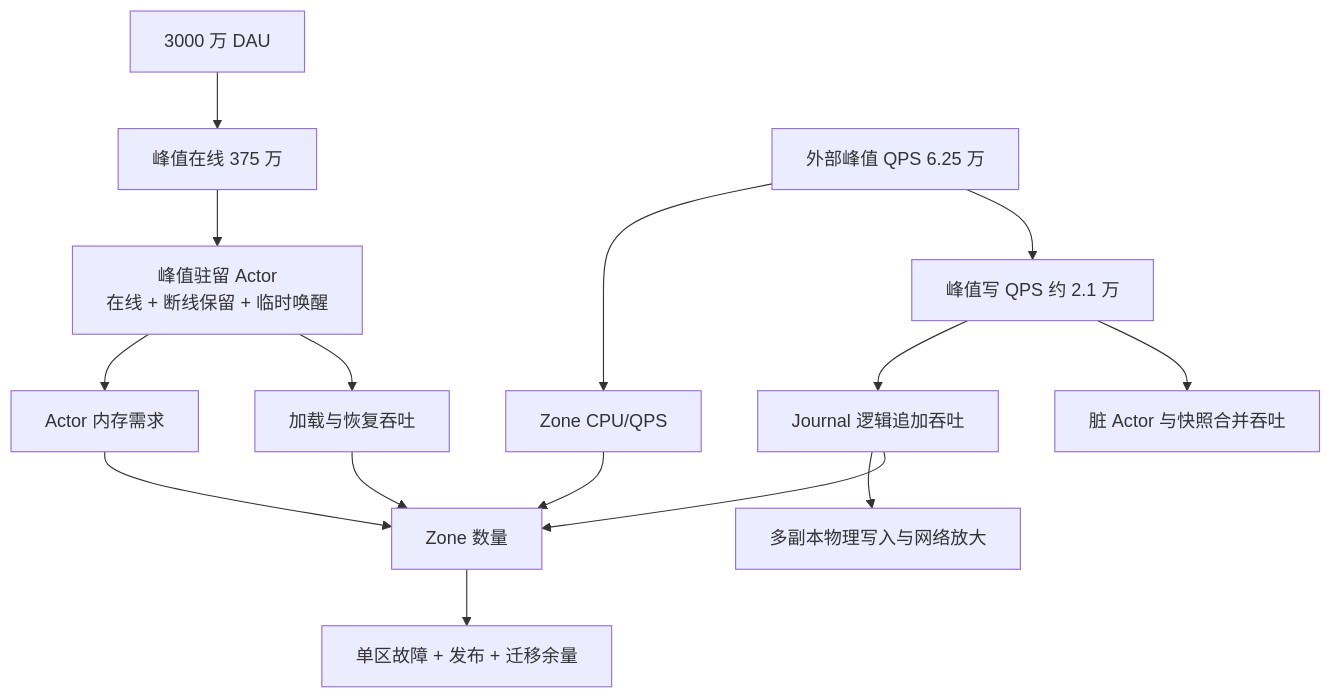
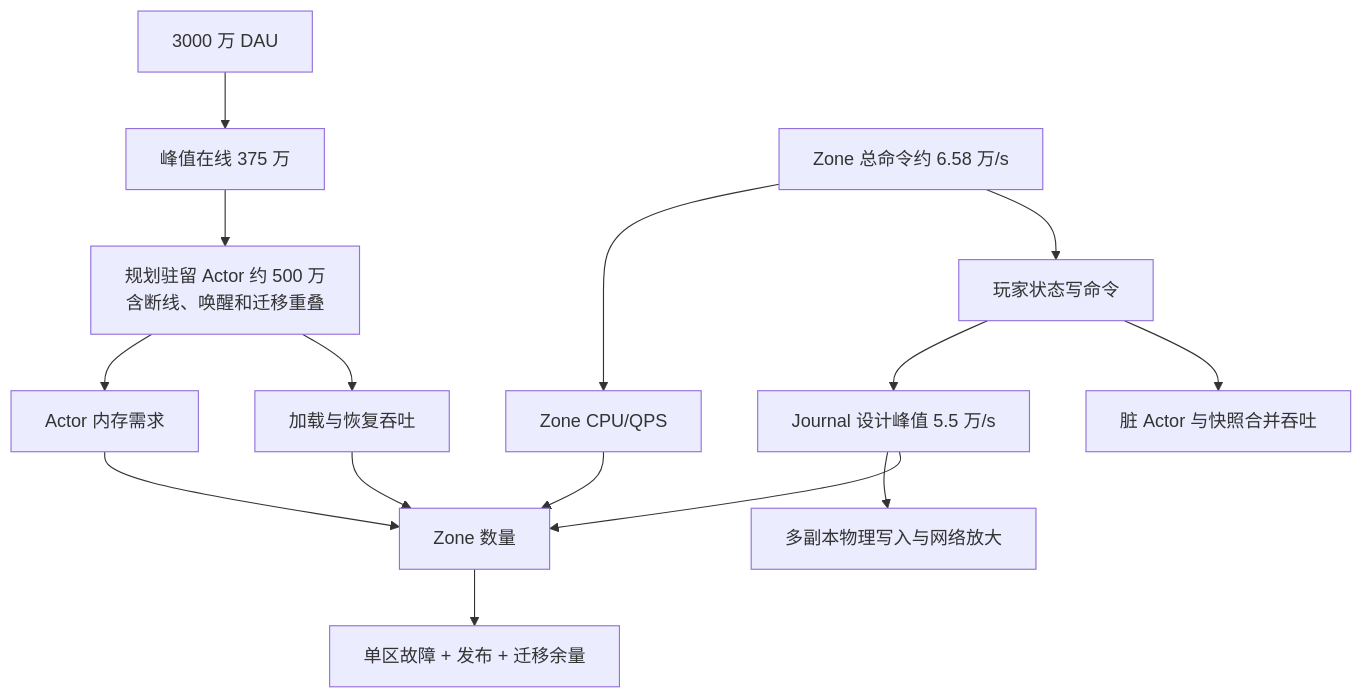
Before and after one commit to Wriosley/supernova-classic-farm: diagram 28 of 31 in docs/architecture/stateful-zone-v2-architecture.md, drawn with Mermaid. The commit also changed other lines of this file and 14 other files, not shown here.

Commit message:
docs: adopt stateful zone v2 architecture

````diff
--- a/docs/architecture/stateful-zone-v2-architecture.md
+++ b/docs/architecture/stateful-zone-v2-architecture.md
@@ -590,19 +832,19 @@
 ```mermaid
 flowchart TD
     DAU["3000 万 DAU"] --> ONLINE["峰值在线 375 万"]
-    ONLINE --> ACTOR["峰值驻留 Actor<br/>在线 + 断线保留 + 临时唤醒"]
+    ONLINE --> ACTOR["规划驻留 Actor 约 500 万<br/>含断线、唤醒和迁移重叠"]
     ACTOR --> MEM["Actor 内存需求"]
     ACTOR --> LOAD["加载与恢复吞吐"]
 
-    QPS["外部峰值 QPS 6.25 万"] --> ZQPS["Zone CPU/QPS"]
-    QPS --> WRITE["峰值写 QPS 约 2.1 万"]
-    WRITE --> JQPS["Journal 逻辑追加吞吐"]
+    QPS["Zone 总命令约 6.58 万/s"] --> ZQPS["Zone CPU/QPS"]
+    QPS --> WRITE["玩家状态写命令"]
+    WRITE --> JQPS["Journal 设计峰值 5.5 万/s"]
     JQPS --> REPLICA["多副本物理写入与网络放大"]
     WRITE --> SNAP["脏 Actor 与快照合并吞吐"]
 
     MEM --> COUNT["Zone 数量"]
     ZQPS --> COUNT
     LOAD --> COUNT
     JQPS --> COUNT
     COUNT --> HA["单区故障 + 发布 + 迁移余量"]
 ```
````
